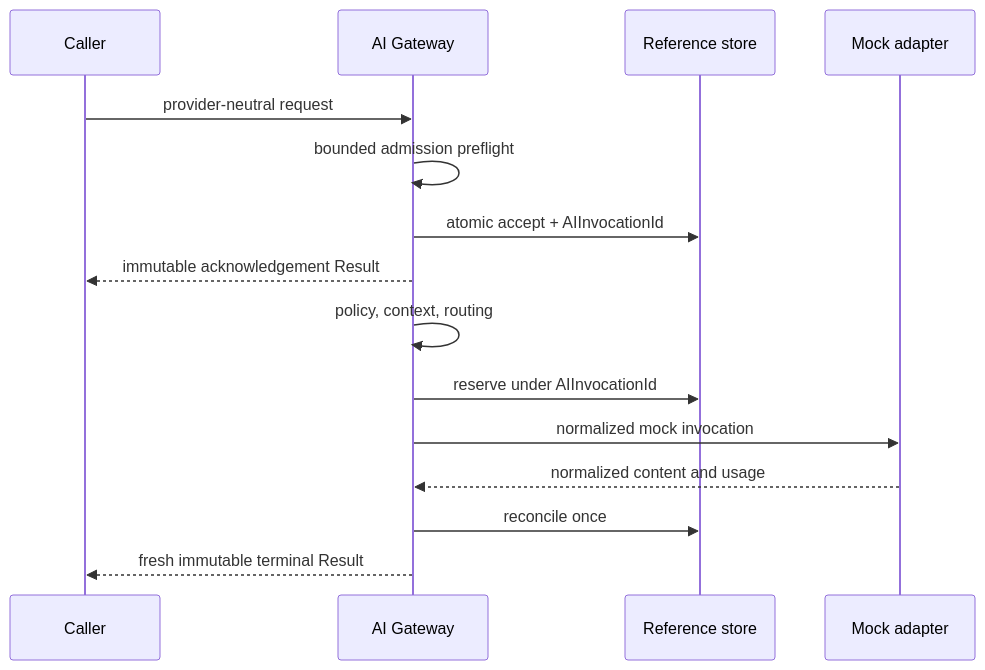
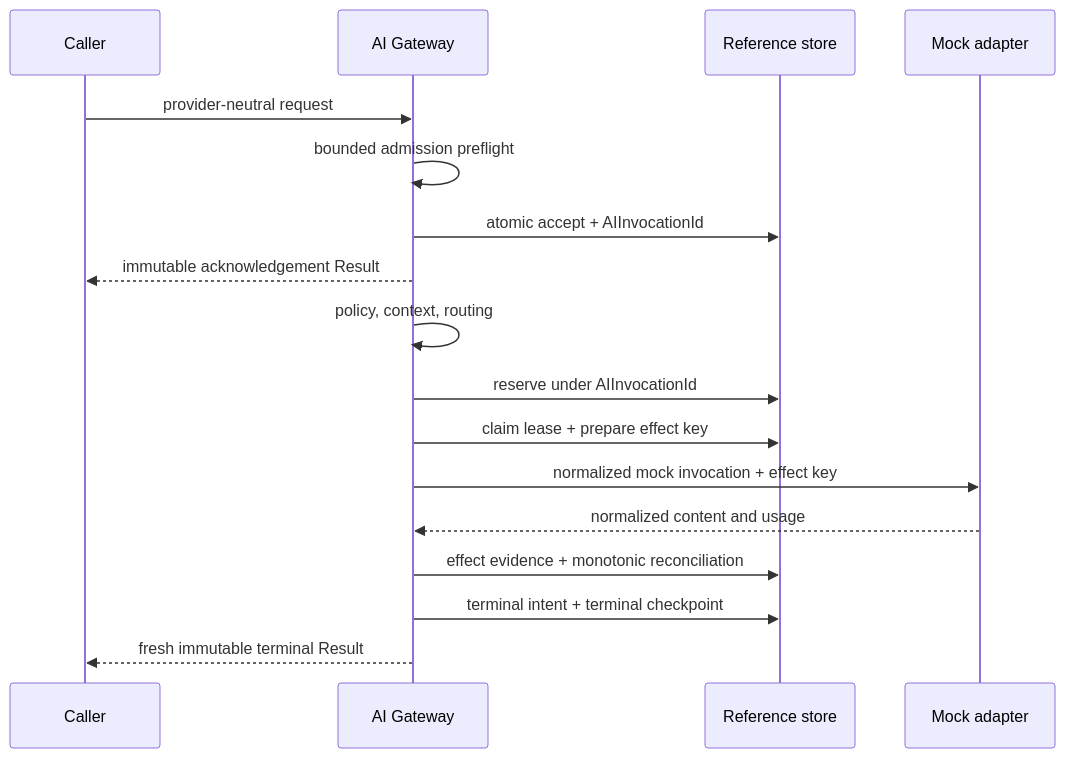
Before and after one commit to mayurbhavsar04/AIEOS: the second of 2 diagrams in docs/runtime-architecture/AI-Gateway-Reference-Implementation.md, drawn with Mermaid. The commit also changed other lines of this file and 4 other files, not shown here.

````diff
--- a/docs/runtime-architecture/AI-Gateway-Reference-Implementation.md
+++ b/docs/runtime-architecture/AI-Gateway-Reference-Implementation.md
@@ -39,17 +42,19 @@
 ```mermaid
 sequenceDiagram
     participant C as Caller
     participant G as AI Gateway
     participant S as Reference store
     participant A as Mock adapter
     C->>G: provider-neutral request
     G->>G: bounded admission preflight
     G->>S: atomic accept + AIInvocationId
     G-->>C: immutable acknowledgement Result
     G->>G: policy, context, routing
     G->>S: reserve under AIInvocationId
-    G->>A: normalized mock invocation
+    G->>S: claim lease + prepare effect key
+    G->>A: normalized mock invocation + effect key
     A-->>G: normalized content and usage
-    G->>S: reconcile once
+    G->>S: effect evidence + monotonic reconciliation
+    G->>S: terminal intent + terminal checkpoint
     G-->>C: fresh immutable terminal Result
 ```
````
